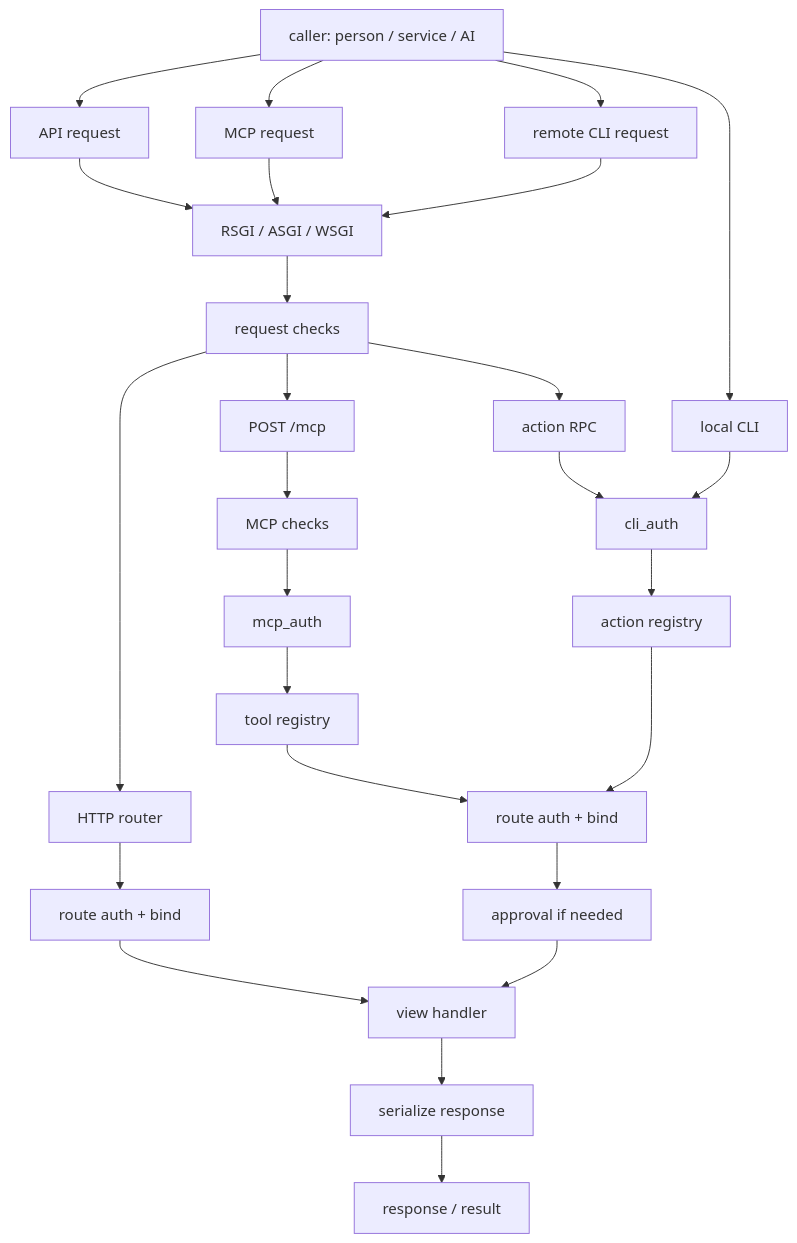
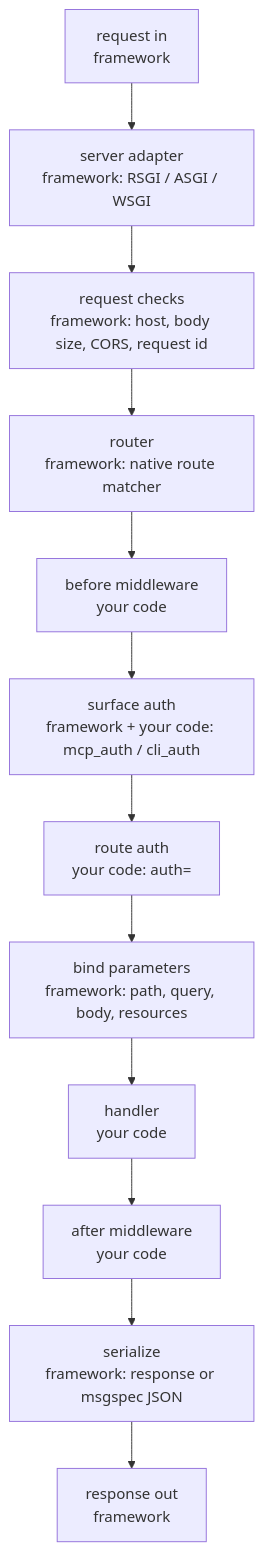
Before and after one commit to DevilsAutumn/quater: the first of 2 diagrams in docs/en/latest/index.md, drawn with Mermaid. The commit also changed other lines of this file and 29 other files, not shown here.

````diff
--- a/docs/en/latest/index.md
+++ b/docs/en/latest/index.md
@@ -16,54 +76,18 @@
 ```mermaid
 flowchart TB
-    caller["caller: person / service / AI"]
+    in["request in\nframework"]
+    adapter["server adapter\nframework: RSGI / ASGI / WSGI"]
+    checks["request checks\nframework: host, body size, CORS, request id"]
+    router["router\nframework: native route matcher"]
+    before["before middleware\nyour code"]
+    surface["surface auth\nframework + your code: mcp_auth / cli_auth"]
+    route_auth["route auth\nyour code: auth="]
+    bind["bind parameters\nframework: path, query, body, resources"]
+    handler["handler\nyour code"]
+    after["after middleware\nyour code"]
+    serialize["serialize\nframework: response or msgspec JSON"]
+    out["response out\nframework"]
 
-    api["API request"]
-    mcp["MCP request"]
-    remote_cli["remote CLI request"]
-    local_cli["local CLI"]
-
-    adapter["RSGI / ASGI / WSGI"]
-    http_checks["request checks"]
-    router["HTTP router"]
-
-    mcp_endpoint["POST /mcp"]
-    mcp_checks["MCP checks"]
-    mcp_auth["mcp_auth"]
-    tools["tool registry"]
-
-    action_rpc["action RPC"]
-    cli_auth["cli_auth"]
-    actions["action registry"]
-
-    http_bind["route auth + bind"]
-    action_bind["route auth + bind"]
-    approval["approval if needed"]
-    view["view handler"]
-    serialize["serialize response"]
-    output["response / result"]
-
-    caller --> api
-    caller --> mcp
-    caller --> remote_cli
-    caller --> local_cli
-
-    api --> adapter
-    mcp --> adapter
-    remote_cli --> adapter
-    adapter --> http_checks
-
-    http_checks --> router
-    http_checks --> mcp_endpoint
-    http_checks --> action_rpc
-
-    mcp_endpoint --> mcp_checks --> mcp_auth --> tools
-    action_rpc --> cli_auth
-    local_cli --> cli_auth
-    cli_auth --> actions
-
-    router --> http_bind --> view
-    tools --> action_bind
-    actions --> action_bind
-    action_bind --> approval --> view
-    view --> serialize --> output
+    in --> adapter --> checks --> router --> before --> surface
+    surface --> route_auth --> bind --> handler --> after --> serialize --> out
 ```
````
